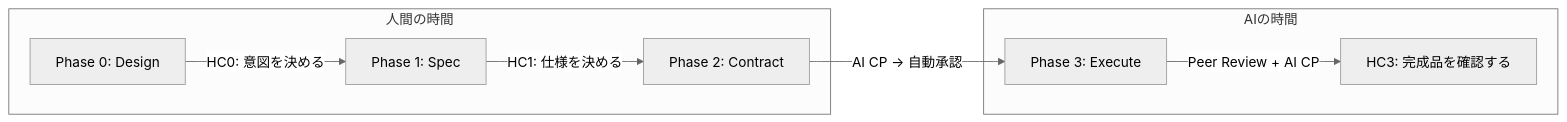
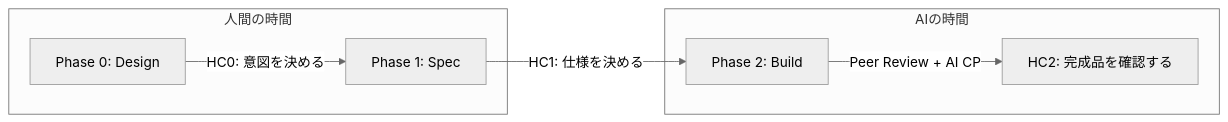
One commit to koyakimu/autopilot-development-boilerplate changed the first of 7 diagrams in APD-FRAMEWORK.md. Above: the diagram before and after it, drawn with Mermaid (neutral theme). The commit also changed other lines of this file and 34 other files, not shown here.

First line of the commit message:
feat!: Contract廃止 — Phase 2 (Contract) と Phase 3 (Execute) を Phase 2 (Build) に統合

````diff
--- a/APD-FRAMEWORK.md
+++ b/APD-FRAMEWORK.md
@@ -28,11 +28,10 @@
 ```mermaid
 graph LR
     subgraph "人間の時間"
         A[Phase 0: Design] -->|HC0: 意図を決める| B[Phase 1: Spec]
-        B -->|HC1: 仕様を決める| C[Phase 2: Contract]
     end
+    B -->|HC1: 仕様を決める| C
     subgraph "AIの時間"
-        C -->|AI CP → 自動承認| D[Phase 3: Execute]
-        D -->|Peer Review + AI CP| E[HC3: 完成品を確認する]
+        C[Phase 2: Build] -->|Peer Review + AI CP| D[HC2: 完成品を確認する]
     end
 ```
````
